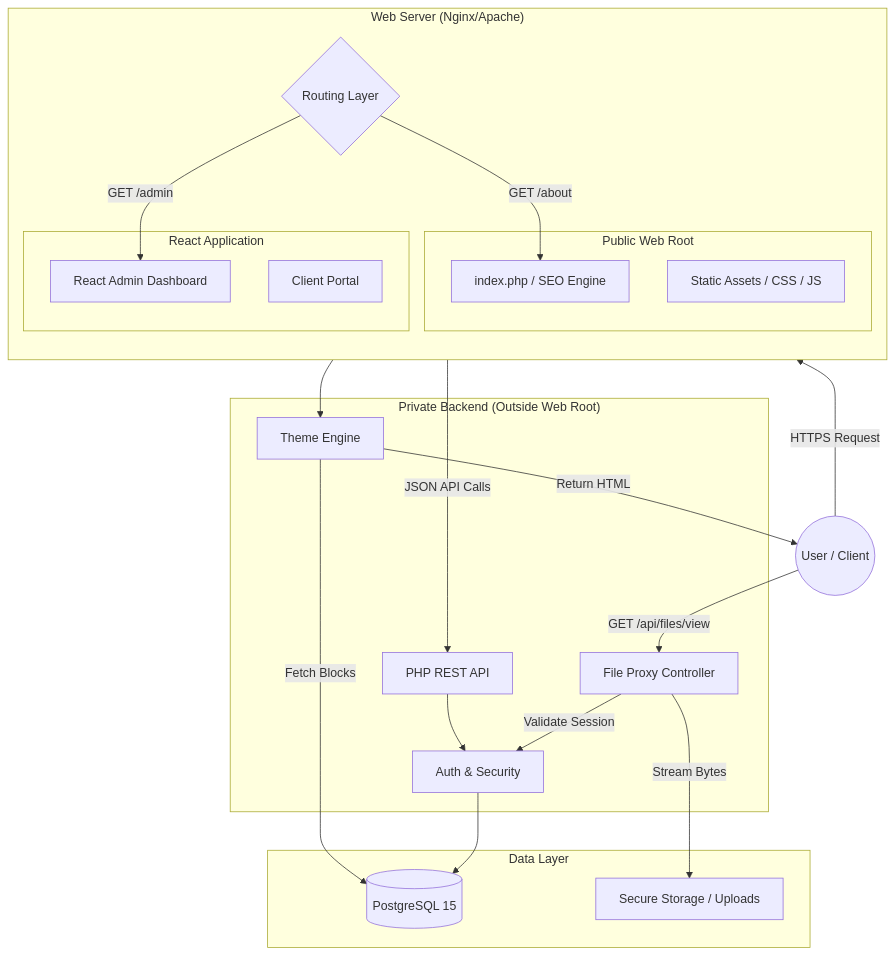
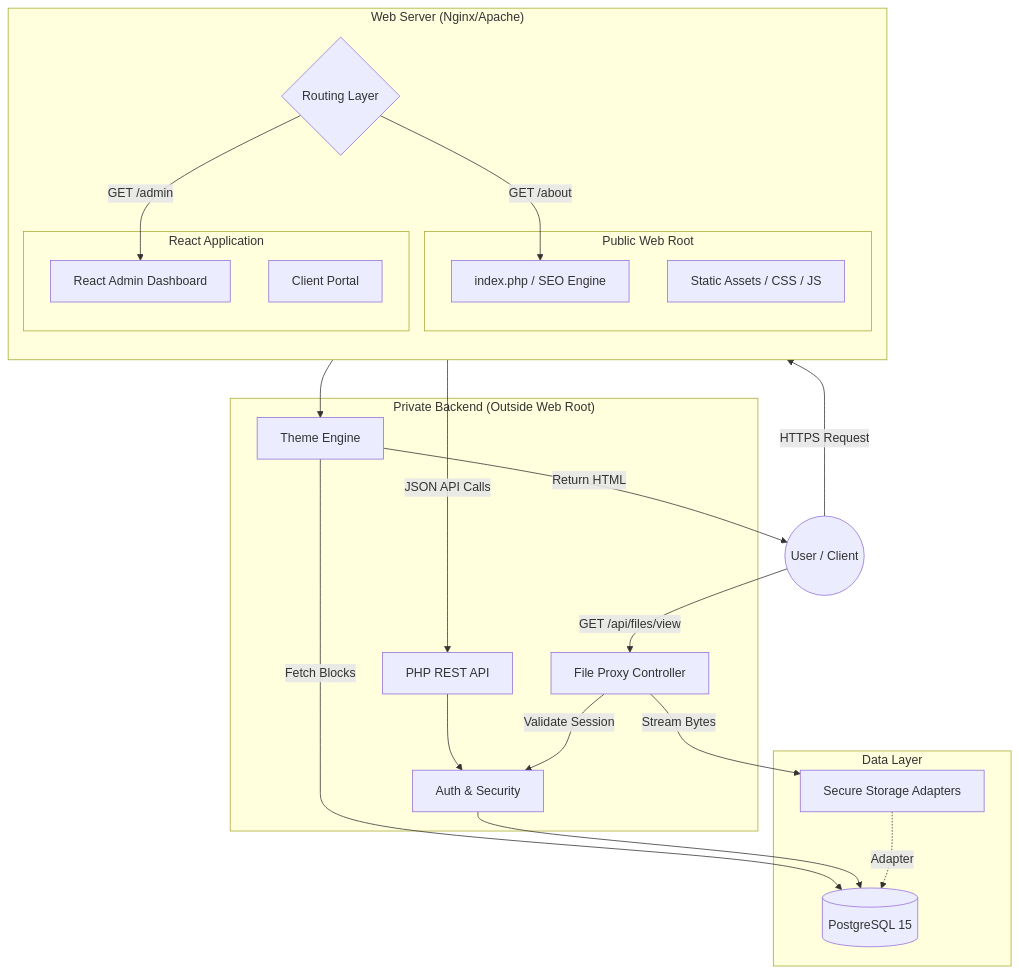
One commit to irgordon/claritystack changed the diagram in README.md. Above: the diagram before and after it, drawn with Mermaid. The commit also changed other lines of this file, not shown here.

````diff
--- a/README.md
+++ b/README.md
@@ -19,52 +19,53 @@
 ```mermaid
 graph TD
     User((User / Client))
     
     subgraph Server_Environment ["Web Server (Nginx/Apache)"]
         direction TB
         Router{Routing Layer}
         
-        subgraph Public_Zone [Public Web Root]
+        subgraph Public_Zone ["Public Web Root"]
             Assets[Static Assets / CSS / JS]
             SEO[index.php / SEO Engine]
         end
         
-        subgraph App_Zone [React Application]
+        subgraph App_Zone ["React Application"]
             SPA[React Admin Dashboard]
             Portal[Client Portal]
         end
     end
     
     subgraph Secure_Backend ["Private Backend (Outside Web Root)"]
         API[PHP REST API]
         ThemeEngine[Theme Engine]
         Auth[Auth & Security]
         FileProxy[File Proxy Controller]
     end
 
-    subgraph Data_Persistence [Data Layer]
+    subgraph Data_Persistence ["Data Layer"]
         DB[(PostgreSQL 15)]
-        Storage[Secure Storage / Uploads]
+        Storage[Secure Storage Adapters]
     end
 
     %% Flows
     User -->|HTTPS Request| Router
     
     %% Flow 1: Marketing / Public Site (SSR)
     Router -->|GET /about| SEO
     SEO --> ThemeEngine
     ThemeEngine -->|Fetch Blocks| DB
     ThemeEngine -->|Return HTML| User
 
     %% Flow 2: App Interaction (SPA)
     Router -->|GET /admin| SPA
     SPA -->|JSON API Calls| API
     API --> Auth
     Auth --> DB
     
     %% Flow 3: Secure File Access
     User -->|GET /api/files/view| FileProxy
     FileProxy -->|Validate Session| Auth
     FileProxy -->|Stream Bytes| Storage
+    Storage -.->|Adapter| DB
 
 ```
````
